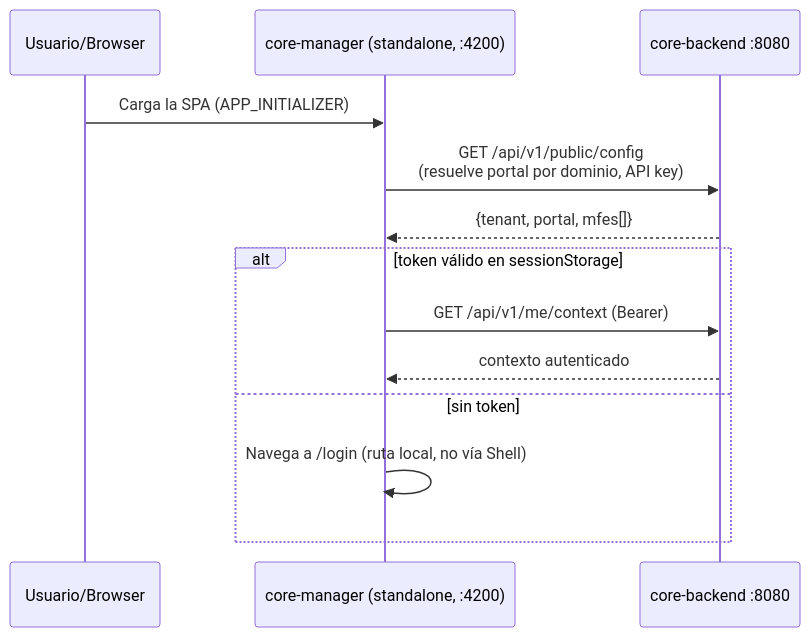
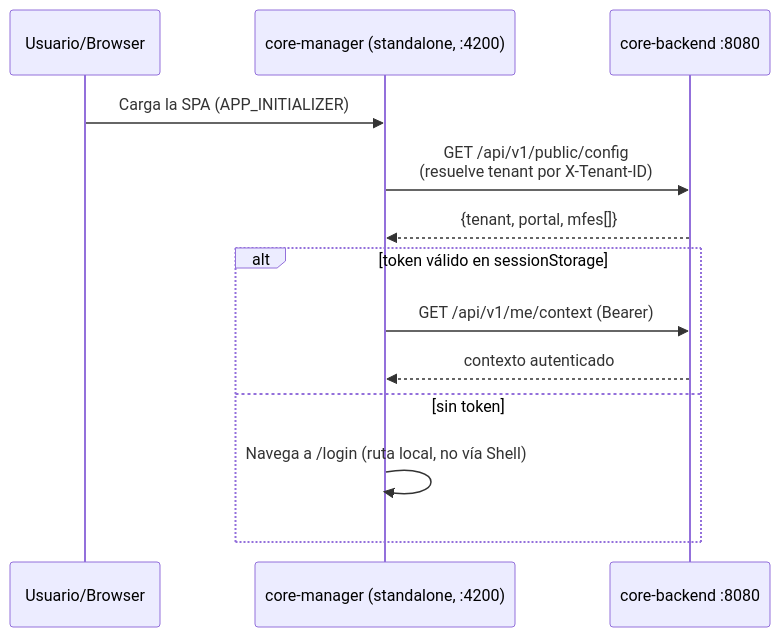
Before and after one commit to GermanMacchia/core: the third of 11 diagrams in docs/sistema-tenants-servicios.md, drawn with Mermaid. The commit also changed other lines of this file and 19 other files, not shown here.

````diff
--- a/docs/sistema-tenants-servicios.md
+++ b/docs/sistema-tenants-servicios.md
@@ -132,16 +132,16 @@
 ```mermaid
 sequenceDiagram
     participant U as Usuario/Browser
     participant CM as core-manager (standalone, :4200)
     participant CB as core-backend :8080
 
     U->>CM: Carga la SPA (APP_INITIALIZER)
-    CM->>CB: GET /api/v1/public/config<br/>(resuelve portal por dominio, API key)
+    CM->>CB: GET /api/v1/public/config<br/>(resuelve tenant por X-Tenant-ID)
     CB-->>CM: {tenant, portal, mfes[]}
     alt token válido en sessionStorage
         CM->>CB: GET /api/v1/me/context (Bearer)
         CB-->>CM: contexto autenticado
     else sin token
         CM->>CM: Navega a /login (ruta local, no vía Shell)
     end
 ```
````
